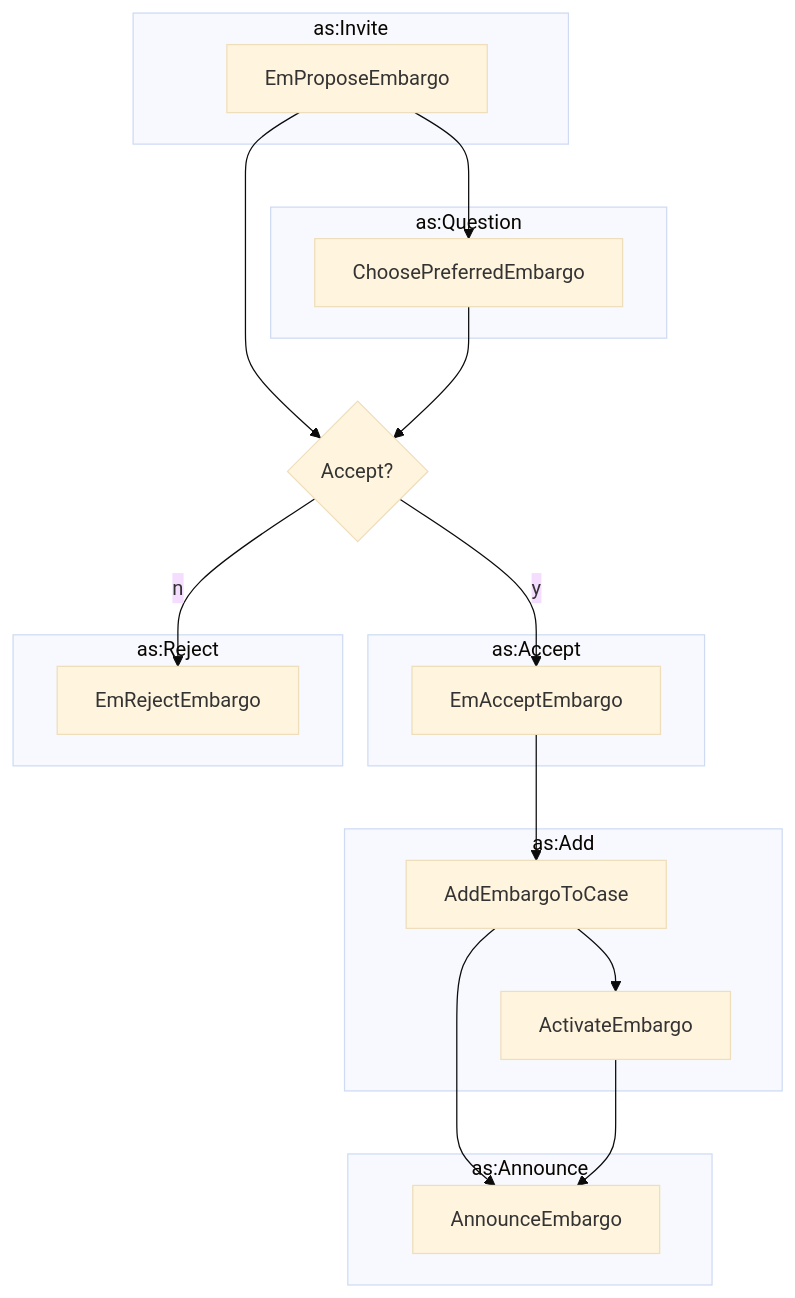
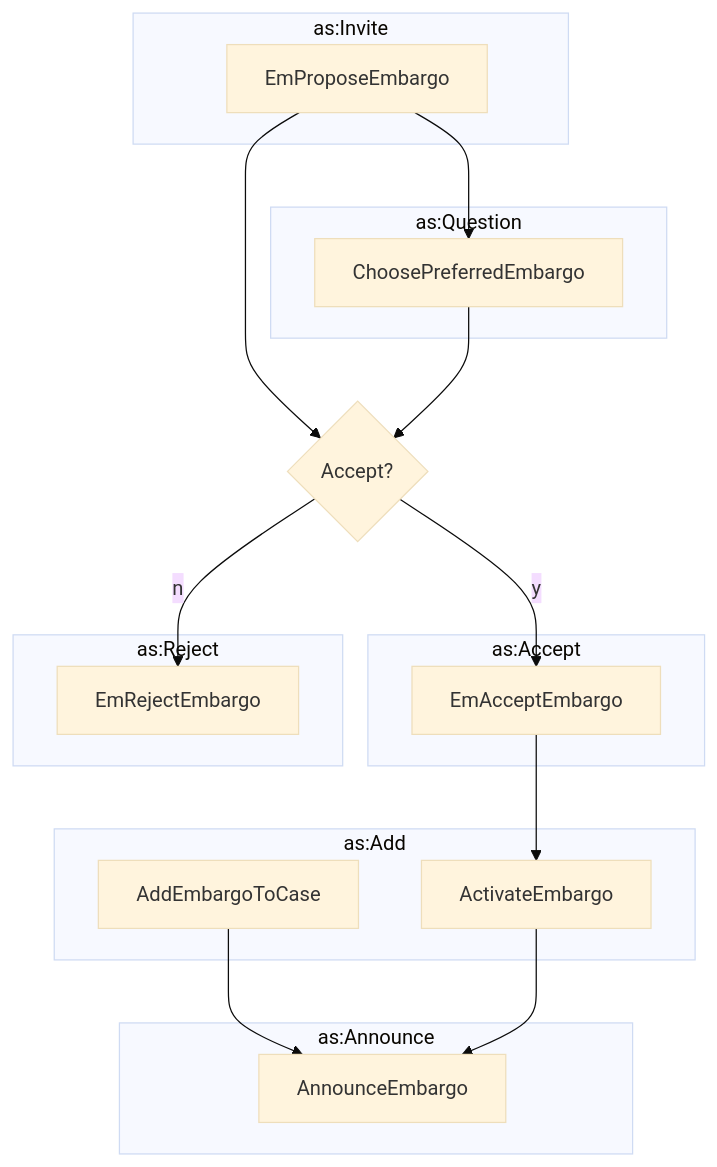
Before and after one commit to ahouseholder/Vultron: the diagram in docs/howto/activitypub/activities/establish_embargo.md, drawn with Mermaid (base theme). The commit also changed other lines of this file and 5 other files, not shown here.

````diff
--- a/docs/howto/activitypub/activities/establish_embargo.md
+++ b/docs/howto/activitypub/activities/establish_embargo.md
@@ -3,31 +3,30 @@
 ```mermaid
 flowchart TB
     subgraph as:Invite
         EmProposeEmbargo
     end
     subgraph as:Question
         ChoosePreferredEmbargo
     end
     subgraph as:Accept
         EmAcceptEmbargo
     end
     subgraph as:Reject
         EmRejectEmbargo
     end
     subgraph as:Announce
         AnnounceEmbargo
     end
     subgraph as:Add
         ActivateEmbargo
         AddEmbargoToCase
     end
     EmProposeEmbargo --> a{Accept?}
     a -->|y| EmAcceptEmbargo
     a -->|n| EmRejectEmbargo
     EmProposeEmbargo --> ChoosePreferredEmbargo
     ChoosePreferredEmbargo --> a
-    AddEmbargoToCase --> ActivateEmbargo
-    EmAcceptEmbargo --> AddEmbargoToCase
+    EmAcceptEmbargo --> ActivateEmbargo
     AddEmbargoToCase --> AnnounceEmbargo
     ActivateEmbargo --> AnnounceEmbargo
 ```
````
